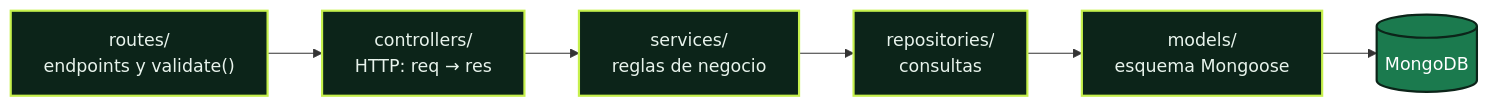
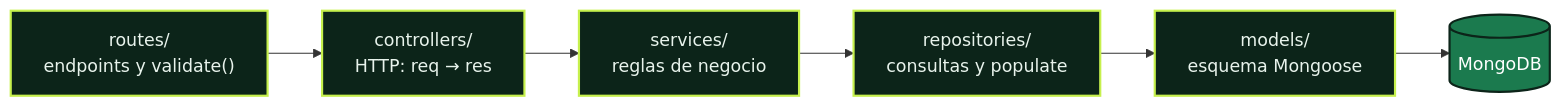
Before and after one commit to Mauro-vs/Routly: the first of 3 diagrams in moto-routes-api/README.md, drawn with Mermaid. The commit also changed other lines of this file and 143 other files, not shown here.

````diff
--- a/moto-routes-api/README.md
+++ b/moto-routes-api/README.md
@@ -92,12 +118,12 @@
 ```mermaid
 flowchart LR
     R["routes/<br/>endpoints y validate()"] --> C["controllers/<br/>HTTP: req → res"]
     C --> S["services/<br/>reglas de negocio"]
-    S --> RE["repositories/<br/>consultas"]
+    S --> RE["repositories/<br/>consultas y populate"]
     RE --> M["models/<br/>esquema Mongoose"]
     M --> DB[("MongoDB")]
     classDef node fill:#0c2419,stroke:#c6f04d,color:#e8f3ec,stroke-width:2px
     classDef store fill:#1b7a4e,stroke:#0c2419,color:#ffffff
     class R,C,S,RE,M node
     class DB store
 ```
````
